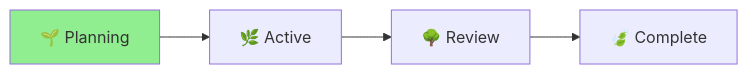
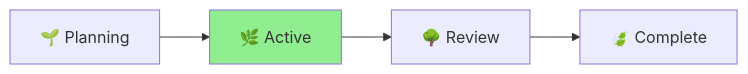
Before and after one commit to RickCogley/aichaku: the diagram in docs/projects/active/active-2025-07-09-aichaku-hooks-integration/STATUS.md, drawn with Mermaid. The commit also changed other lines of this file and 8 other files, not shown here.

````diff
--- a/docs/projects/active/active-2025-07-09-aichaku-hooks-integration/STATUS.md
+++ b/docs/projects/active/active-2025-07-09-aichaku-hooks-integration/STATUS.md
@@ -8,7 +8,7 @@
 ```mermaid
 graph LR
     A[🌱 Planning] --> B[🌿 Active]
     B --> C[🌳 Review]
     C --> D[🍃 Complete]
-    style A fill:#90EE90
+    style B fill:#90EE90
 ```
````
